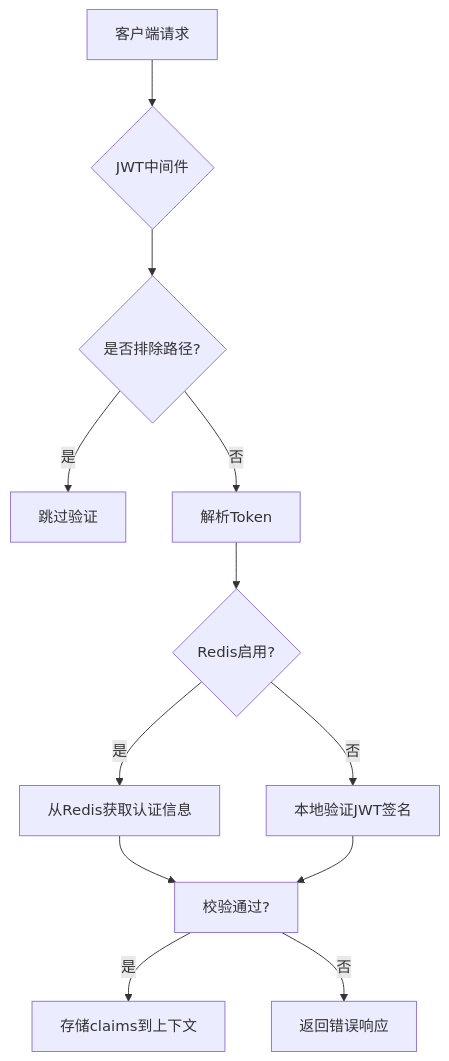
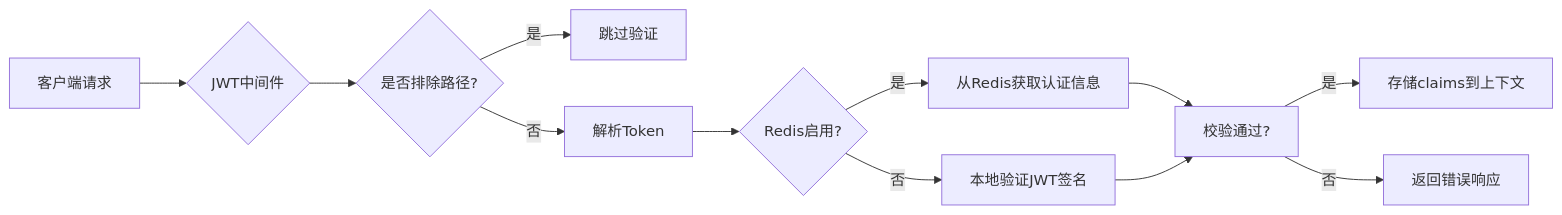
One commit to vespeng/vespeng.github.io changed the diagram in posts/go_practice_implementing_jwt_auth_middleware/index.md. Above: the diagram before and after it, drawn with Mermaid. The commit also changed 23 other files, not shown here.

````diff
--- a/posts/go_practice_implementing_jwt_auth_middleware/index.md
+++ b/posts/go_practice_implementing_jwt_auth_middleware/index.md
@@ -45,13 +45,13 @@
 ```mermaid
-graph TD
+graph LR
     A[客户端请求] --> B{JWT中间件}
     B --> C{是否排除路径?}
     C -->|是| D[跳过验证]
     C -->|否| E[解析Token]
     E --> F{Redis启用?}
     F -->|是| G[从Redis获取认证信息]
     F -->|否| H[本地验证JWT签名]
     G & H --> I[校验通过?]
     I -->|是| J[存储claims到上下文]
     I -->|否| K[返回错误响应]
 ```
````
